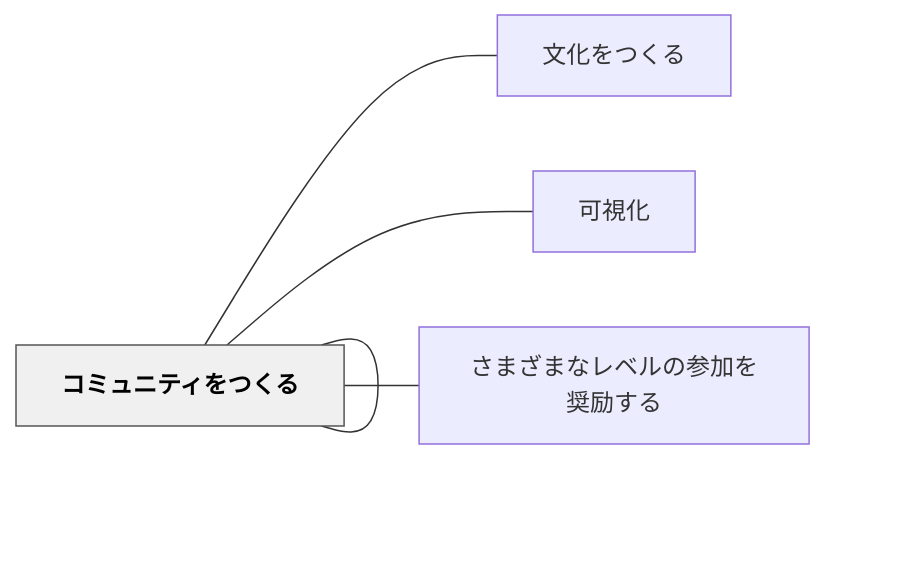
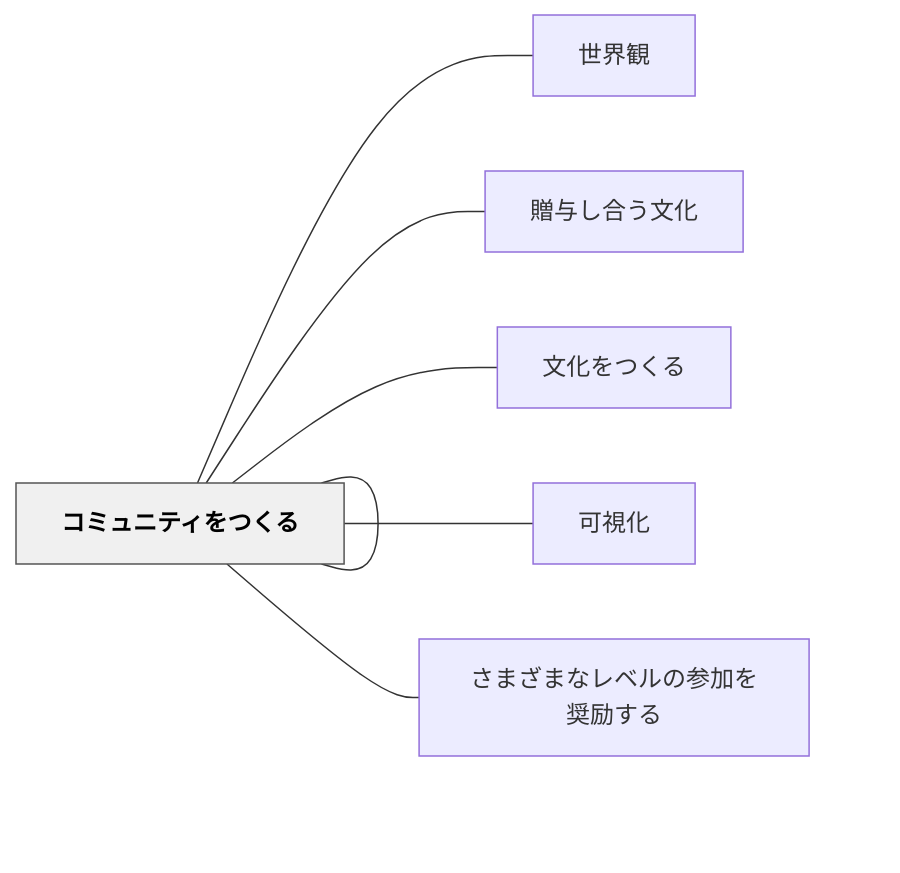
One commit to unknownthings-ed-patterns/unknownthings-ed-patterns changed the diagram in content/パタン/コミュニティの価値を可視化する.md. Above: the diagram before and after it, drawn with Mermaid. The commit also changed other lines of this file and 473 other files, not shown here.

````diff
--- a/content/パタン/コミュニティの価値を可視化する.md
+++ b/content/パタン/コミュニティの価値を可視化する.md
@@ -52,16 +54,20 @@
 ```mermaid
 flowchart LR
     ne382b3e3839f["コミュニティの価値を可視化する"]
+    ne4b896e7958c["世界観"]
+    ne8b488e4b88e["贈与し合う文化"]
     ne69687e58c96["文化をつくる"]
     ne58fafe8a696["可視化"]
     ne382b3e3839f["コミュニティをつくる"]
     ne38195e381be["さまざまなレベルの参加を奨励する"]
 
+    ne382b3e3839f --- ne4b896e7958c
+    ne382b3e3839f --- ne8b488e4b88e
     ne382b3e3839f --- ne69687e58c96
     ne382b3e3839f --- ne58fafe8a696
     ne382b3e3839f --- ne382b3e3839f
     ne382b3e3839f --- ne38195e381be
 
     classDef hub fill:#f0f0f0,stroke:#555,color:#000,font-weight:bold
     class ne382b3e3839f hub
 ```
````
